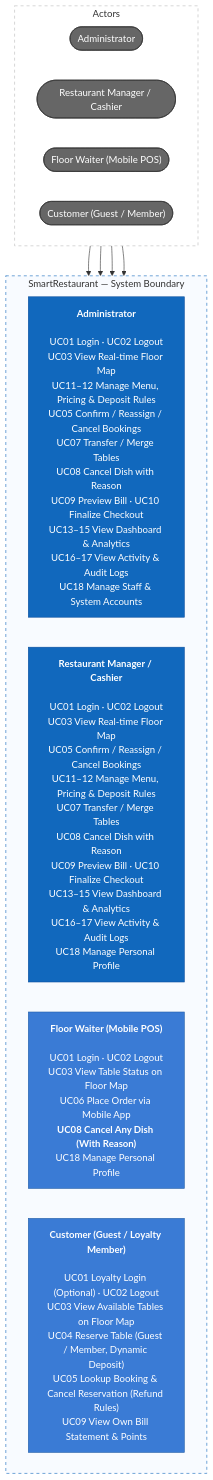
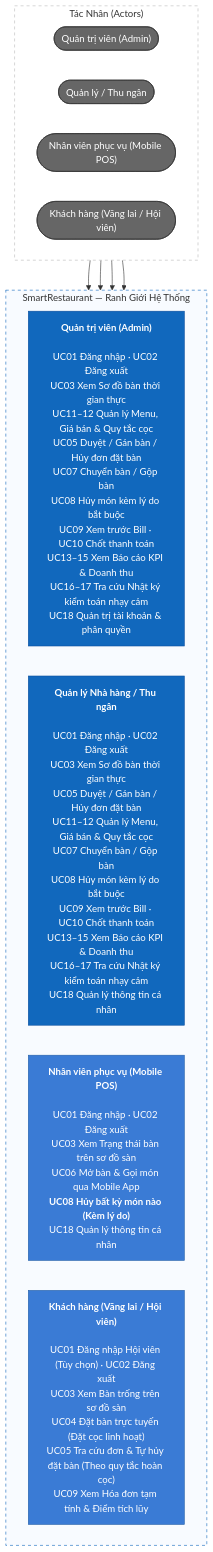
One commit to hoangvu180225-cell/smart-restaurant changed the first of 3 diagrams in Readme.md. Above: the diagram before and after it, drawn with Mermaid. The commit also changed other lines of this file, not shown here.

````diff
--- a/Readme.md
+++ b/Readme.md
@@ -42,32 +46,32 @@
 ```mermaid
 flowchart TB
-    subgraph roles["Actors"]
+    subgraph roles["Tác Nhân (Actors)"]
         direction LR
-        admin(["Administrator"])
-        manager(["Restaurant Manager / Cashier"])
-        waiter(["Floor Waiter (Mobile POS)"])
-        customer(["Customer (Guest / Member)"])
+        admin(["Quản trị viên (Admin)"])
+        manager(["Quản lý / Thu ngân"])
+        waiter(["Nhân viên phục vụ (Mobile POS)"])
+        customer(["Khách hàng (Vãng lai / Hội viên)"])
     end
 
-    subgraph system["SmartRestaurant — System Boundary"]
+    subgraph system["SmartRestaurant — Ranh Giới Hệ Thống"]
         direction LR
-        adminCases["<b>Administrator</b><br/><br/>UC01 Login · UC02 Logout<br/>UC03 View Real-time Floor Map<br/>UC11–12 Manage Menu, Pricing & Deposit Rules<br/>UC05 Confirm / Reassign / Cancel Bookings<br/>UC07 Transfer / Merge Tables<br/>UC08 Cancel Dish with Reason<br/>UC09 Preview Bill · UC10 Finalize Checkout<br/>UC13–15 View Dashboard & Analytics<br/>UC16–17 View Activity & Audit Logs<br/>UC18 Manage Staff & System Accounts"]
-        managerCases["<b>Restaurant Manager / Cashier</b><br/><br/>UC01 Login · UC02 Logout<br/>UC03 View Real-time Floor Map<br/>UC05 Confirm / Reassign / Cancel Bookings<br/>UC11–12 Manage Menu, Pricing & Deposit Rules<br/>UC07 Transfer / Merge Tables<br/>UC08 Cancel Dish with Reason<br/>UC09 Preview Bill · UC10 Finalize Checkout<br/>UC13–15 View Dashboard & Analytics<br/>UC16–17 View Activity & Audit Logs<br/>UC18 Manage Personal Profile"]
-        waiterCases["<b>Floor Waiter (Mobile POS)</b><br/><br/>UC01 Login · UC02 Logout<br/>UC03 View Table Status on Floor Map<br/>UC06 Place Order via Mobile App<br/><b>UC08 Cancel Any Dish (With Reason)</b><br/>UC18 Manage Personal Profile"]
-        customerCases["<b>Customer (Guest / Loyalty Member)</b><br/><br/>UC01 Loyalty Login (Optional) · UC02 Logout<br/>UC03 View Available Tables on Floor Map<br/>UC04 Reserve Table (Guest / Member, Dynamic Deposit)<br/>UC05 Lookup Booking & Cancel Reservation (Refund Rules)<br/>UC09 View Own Bill Statement & Points"]
+        adminCases["<b>Quản trị viên (Admin)</b><br/><br/>UC01 Đăng nhập · UC02 Đăng xuất<br/>UC03 Xem Sơ đồ bàn thời gian thực<br/>UC11–12 Quản lý Menu, Giá bán & Quy tắc cọc<br/>UC05 Duyệt / Gán bàn / Hủy đơn đặt bàn<br/>UC07 Chuyển bàn / Gộp bàn<br/>UC08 Hủy món kèm lý do bắt buộc<br/>UC09 Xem trước Bill · UC10 Chốt thanh toán<br/>UC13–15 Xem Báo cáo KPI & Doanh thu<br/>UC16–17 Tra cứu Nhật ký kiểm toán nhạy cảm<br/>UC18 Quản trị tài khoản & phân quyền"]
+        managerCases["<b>Quản lý Nhà hàng / Thu ngân</b><br/><br/>UC01 Đăng nhập · UC02 Đăng xuất<br/>UC03 Xem Sơ đồ bàn thời gian thực<br/>UC05 Duyệt / Gán bàn / Hủy đơn đặt bàn<br/>UC11–12 Quản lý Menu, Giá bán & Quy tắc cọc<br/>UC07 Chuyển bàn / Gộp bàn<br/>UC08 Hủy món kèm lý do bắt buộc<br/>UC09 Xem trước Bill · UC10 Chốt thanh toán<br/>UC13–15 Xem Báo cáo KPI & Doanh thu<br/>UC16–17 Tra cứu Nhật ký kiểm toán nhạy cảm<br/>UC18 Quản lý thông tin cá nhân"]
+        waiterCases["<b>Nhân viên phục vụ (Mobile POS)</b><br/><br/>UC01 Đăng nhập · UC02 Đăng xuất<br/>UC03 Xem Trạng thái bàn trên sơ đồ sàn<br/>UC06 Mở bàn & Gọi món qua Mobile App<br/><b>UC08 Hủy bất kỳ món nào (Kèm lý do)</b><br/>UC18 Quản lý thông tin cá nhân"]
+        customerCases["<b>Khách hàng (Vãng lai / Hội viên)</b><br/><br/>UC01 Đăng nhập Hội viên (Tùy chọn) · UC02 Đăng xuất<br/>UC03 Xem Bàn trống trên sơ đồ sàn<br/>UC04 Đặt bàn trực tuyến (Đặt cọc linh hoạt)<br/>UC05 Tra cứu đơn & Tự hủy đặt bàn (Theo quy tắc hoàn cọc)<br/>UC09 Xem Hóa đơn tạm tính & Điểm tích lũy"]
     end
 
     admin --> adminCases
     manager --> managerCases
     waiter --> waiterCases
     customer --> customerCases
 
     classDef actor fill:#666,color:#fff,stroke:#333
     classDef primary fill:#1168bd,color:#fff,stroke:#0b4f9e
     classDef standard fill:#3a7bd5,color:#fff,stroke:#245fa8
     class admin,manager,waiter,customer actor
     class adminCases,managerCases primary
     class waiterCases,customerCases standard
     style roles fill:#fff,stroke:#bbb,stroke-dasharray:5 5
     style system fill:#f8fbff,stroke:#1168bd,stroke-dasharray:5 5
 ```
````
